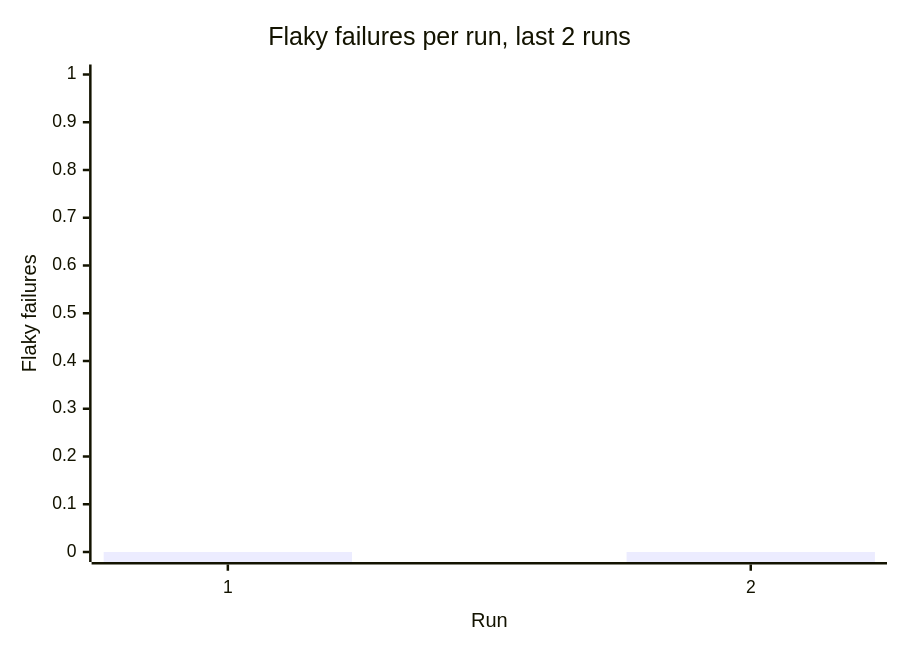
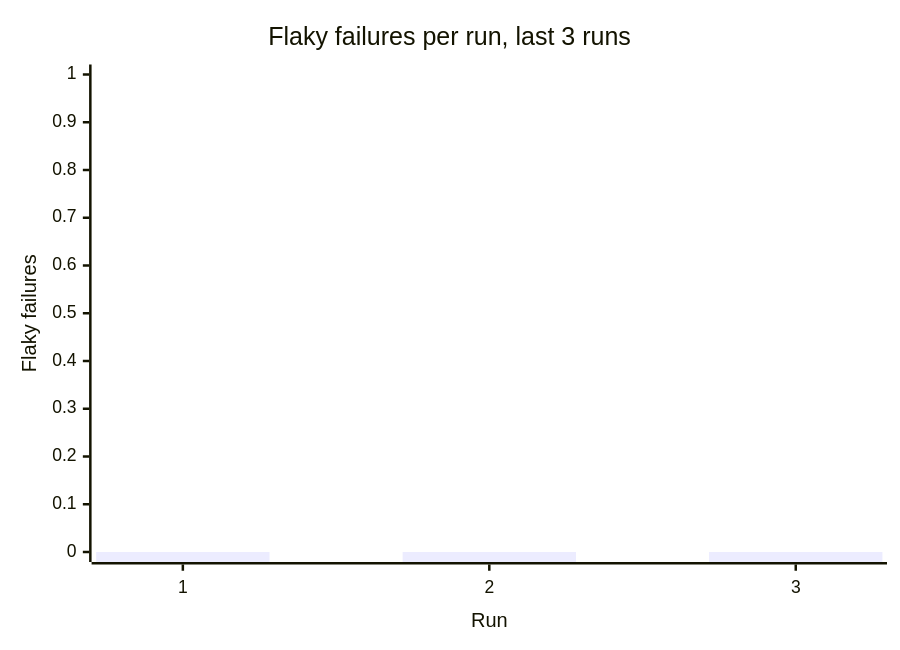
One commit to Shirojoufu/diorama-viewer changed the second of 2 diagrams in reports/summary.md. Above: the diagram before and after it, drawn with Mermaid. The commit also changed other lines of this file and 4 other files, not shown here.

````diff
--- a/reports/summary.md
+++ b/reports/summary.md
@@ -41,7 +36,7 @@
 ```mermaid
 xychart-beta
-    title "Flaky failures per run, last 2 runs"
-    x-axis "Run" [1, 2]
+    title "Flaky failures per run, last 3 runs"
+    x-axis "Run" [1, 2, 3]
     y-axis "Flaky failures" 0 --> 1
-    bar [0, 0]
+    bar [0, 0, 0]
 ```
````
